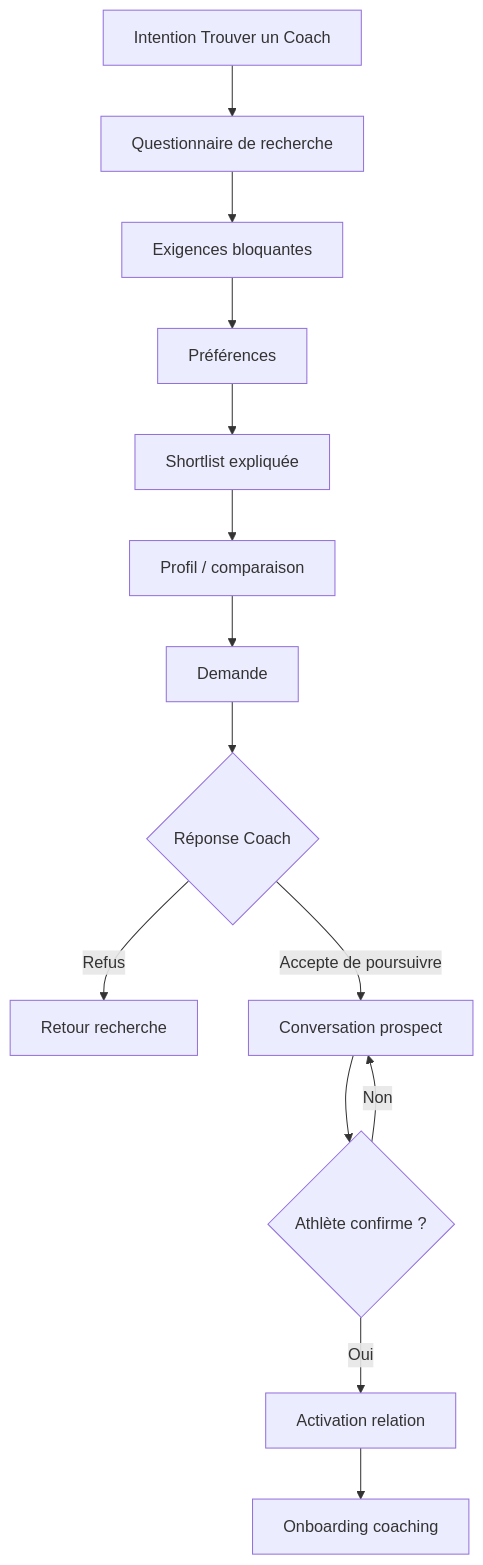
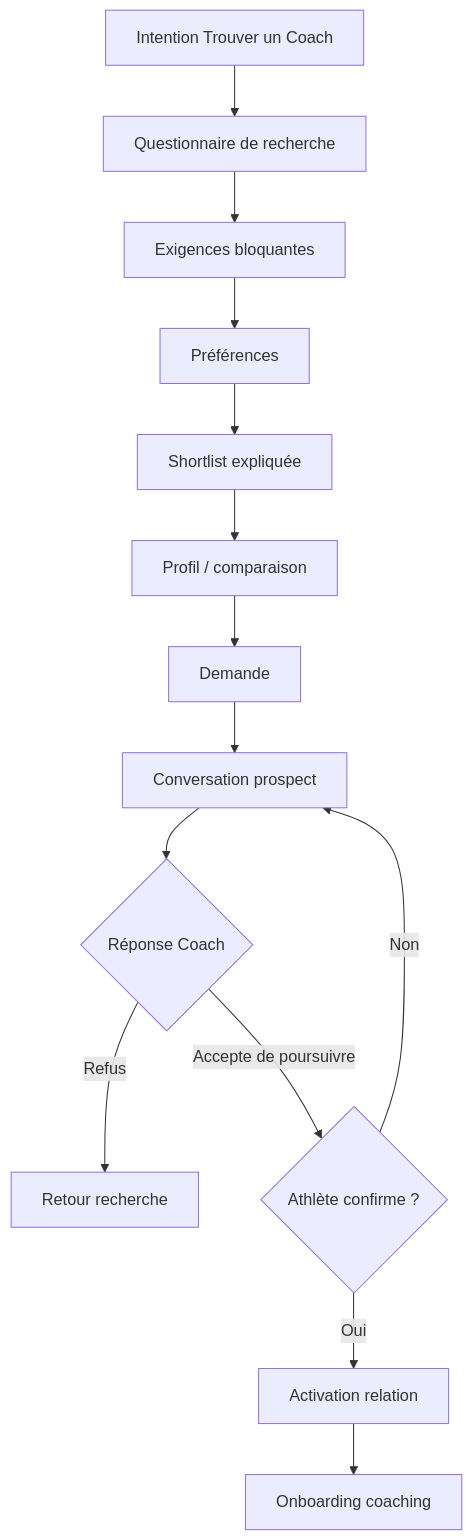
One commit to Jayvy2002/prometheus-tracker-app changed the third of 5 diagrams in docs/CARTE_PRODUIT.md. Above: the diagram before and after it, drawn with Mermaid. The commit also changed other lines of this file and 26 other files, not shown here.

````diff
--- a/docs/CARTE_PRODUIT.md
+++ b/docs/CARTE_PRODUIT.md
@@ -141,16 +140,16 @@
 ```mermaid
 flowchart TD
   A[Intention Trouver un Coach] --> B[Questionnaire de recherche]
   B --> C[Exigences bloquantes]
   C --> D[Préférences]
   D --> E[Shortlist expliquée]
   E --> F[Profil / comparaison]
   F --> G[Demande]
-  G --> H{Réponse Coach}
+  G --> J[Conversation prospect]
+  J --> H{Réponse Coach}
   H -->|Refus| I[Retour recherche]
-  H -->|Accepte de poursuivre| J[Conversation prospect]
-  J --> K{Athlète confirme ?}
+  H -->|Accepte de poursuivre| K{Athlète confirme ?}
   K -->|Non| J
   K -->|Oui| L[Activation relation]
   L --> M[Onboarding coaching]
 ```
````
